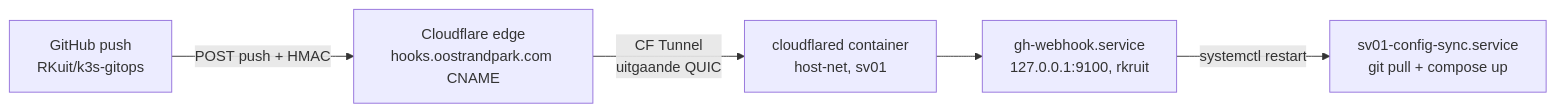
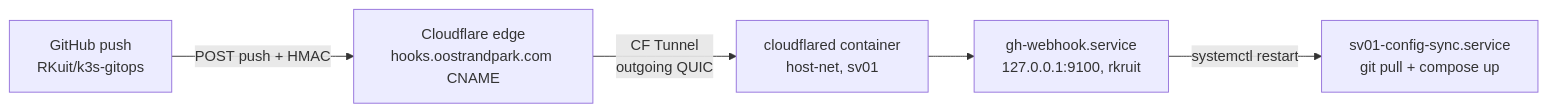
Before and after one commit to RKruit/k3s-gitops: the diagram in docs/infra/webhook-deploy.md, drawn with Mermaid. The commit also changed other lines of this file and 5 other files, not shown here.

````diff
--- a/docs/infra/webhook-deploy.md
+++ b/docs/infra/webhook-deploy.md
@@ -14,7 +14,7 @@
 ```mermaid
 flowchart LR
     A[GitHub push<br/>RKuit/k3s-gitops] -- POST push + HMAC --> B[Cloudflare edge<br/>hooks.oostrandpark.com CNAME]
-    B -- CF Tunnel<br/>uitgaande QUIC --> C[cloudflared container<br/>host-net, sv01]
+    B -- CF Tunnel<br/>outgoing QUIC --> C[cloudflared container<br/>host-net, sv01]
     C --> D[gh-webhook.service<br/>127.0.0.1:9100, rkruit]
     D -- systemctl restart --> E[sv01-config-sync.service<br/>git pull + compose up]
 ```
````
